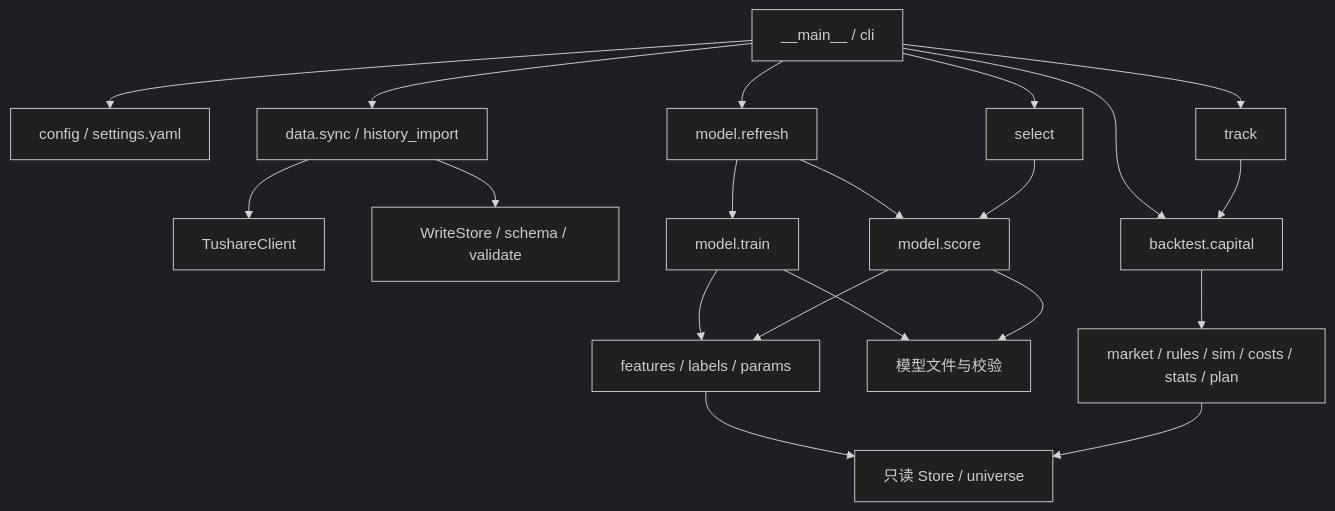
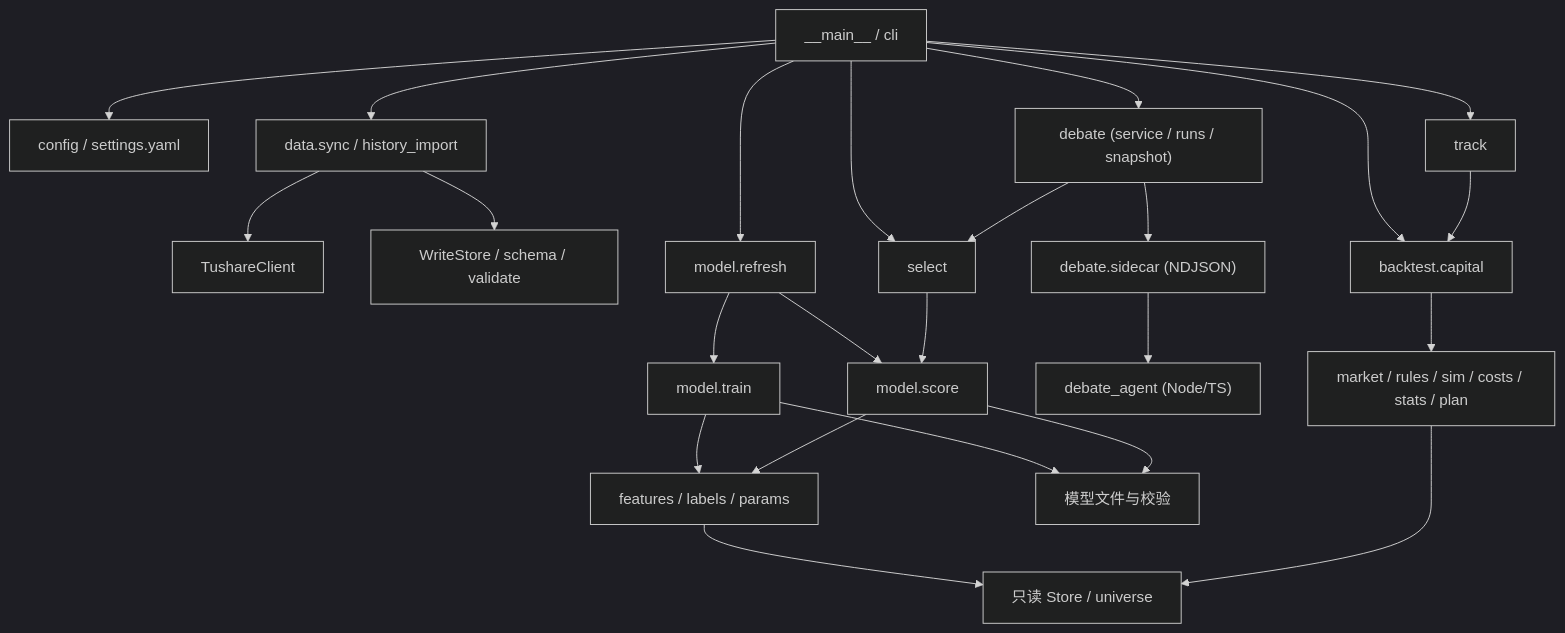
Before and after one commit to XKKX33/rebound-model: the diagram in ARCHITECTURE.md, drawn with Mermaid (dark theme). The commit also changed other lines of this file and 48 other files, not shown here.

Commit message:
feat(debate): add multi-agent debate pipeline, streaming typewriter sidecar, and light editorial Web UI

````diff
--- a/ARCHITECTURE.md
+++ b/ARCHITECTURE.md
@@ -7,22 +7,26 @@
 ```mermaid
 flowchart TD
     CLI["__main__ / cli"] --> CFG["config / settings.yaml"]
     CLI --> SYNC["data.sync / history_import"]
     SYNC --> SOURCE["TushareClient"]
     SYNC --> DB["WriteStore / schema / validate"]
     CLI --> REFRESH["model.refresh"]
     REFRESH --> TRAIN["model.train"]
     REFRESH --> SCORE["model.score"]
     TRAIN --> FEAT["features / labels / params"]
     SCORE --> FEAT
     FEAT --> STORE["只读 Store / universe"]
     TRAIN --> ART["模型文件与校验"]
     SCORE --> ART
     CLI --> PICK["select"]
     PICK --> SCORE
+    CLI --> DEBATE["debate (service / runs / snapshot)"]
+    DEBATE --> PICK
+    DEBATE --> SIDECAR["debate.sidecar (NDJSON)"]
+    SIDECAR --> AGENT["debate_agent (Node/TS)"]
     CLI --> CAPITAL["backtest.capital"]
     CLI --> TRACK["track"]
     TRACK --> CAPITAL
     CAPITAL --> SIM["market / rules / sim / costs / stats / plan"]
     SIM --> STORE
 ```
````
